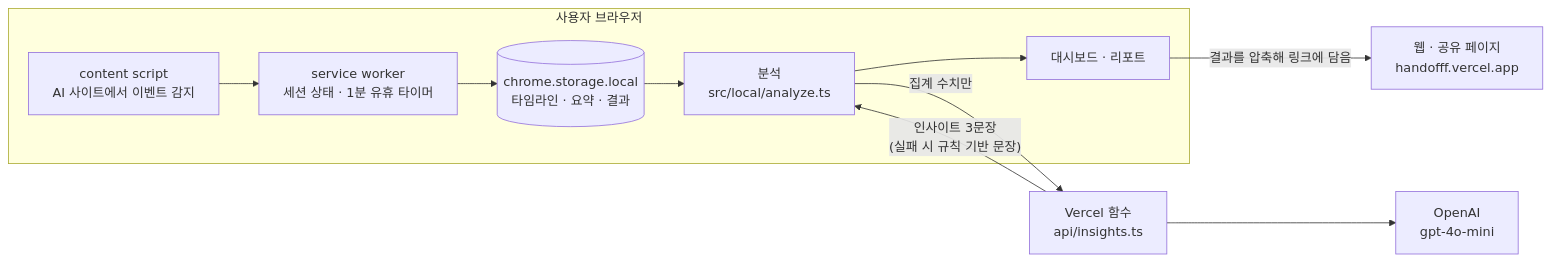
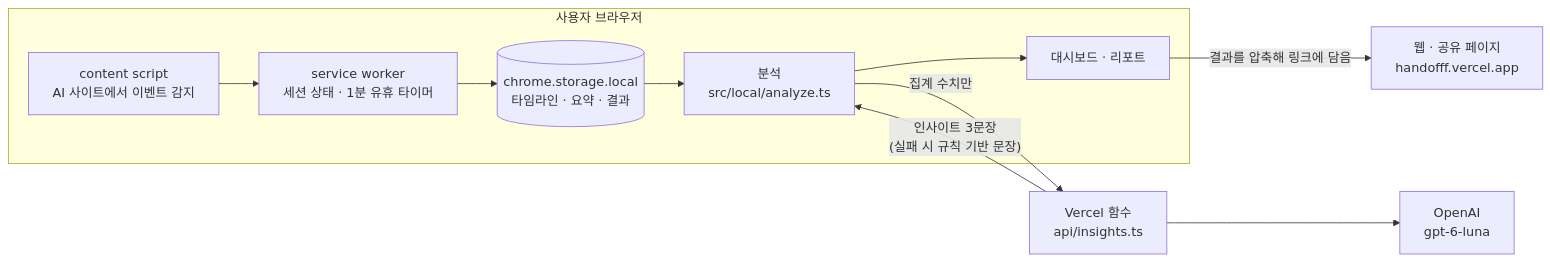
Before and after one commit to scoopAI-C3/C3_frontend: the diagram in README.md, drawn with Mermaid. The commit also changed other lines of this file and 8 other files, not shown here.

````diff
--- a/README.md
+++ b/README.md
@@ -128,13 +128,13 @@
 ```mermaid
 flowchart LR
     subgraph Browser["사용자 브라우저"]
         CS["content script<br/>AI 사이트에서 이벤트 감지"] --> SW["service worker<br/>세션 상태 · 1분 유휴 타이머"]
         SW --> ST[("chrome.storage.local<br/>타임라인 · 요약 · 결과")]
         ST --> AN["분석<br/>src/local/analyze.ts"]
         AN --> UI["대시보드 · 리포트"]
     end
     AN -- "집계 수치만" --> FN["Vercel 함수<br/>api/insights.ts"]
-    FN --> LLM["OpenAI<br/>gpt-4o-mini"]
+    FN --> LLM["OpenAI<br/>gpt-6-luna"]
     FN -- "인사이트 3문장<br/>(실패 시 규칙 기반 문장)" --> AN
     UI -- "결과를 압축해 링크에 담음" --> WEB["웹 · 공유 페이지<br/>handofff.vercel.app"]
 ```
````
